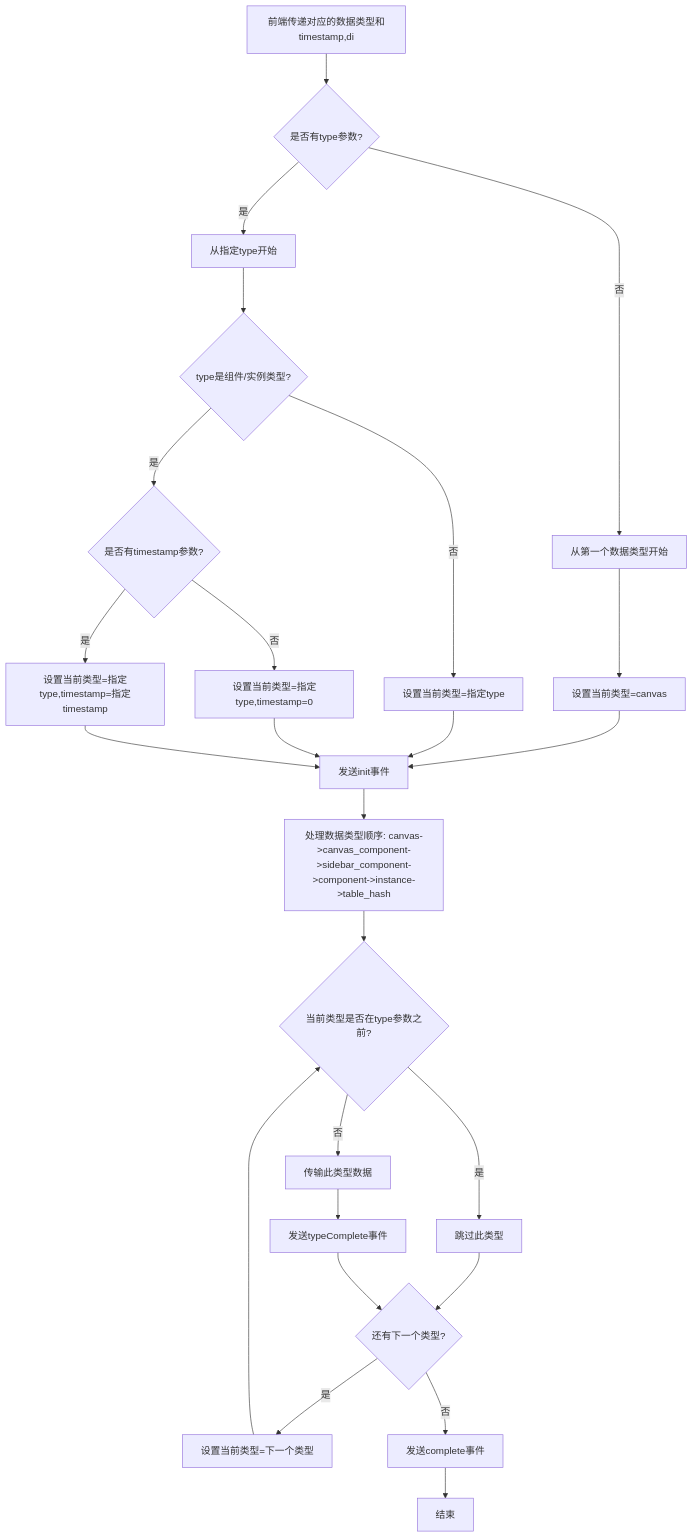
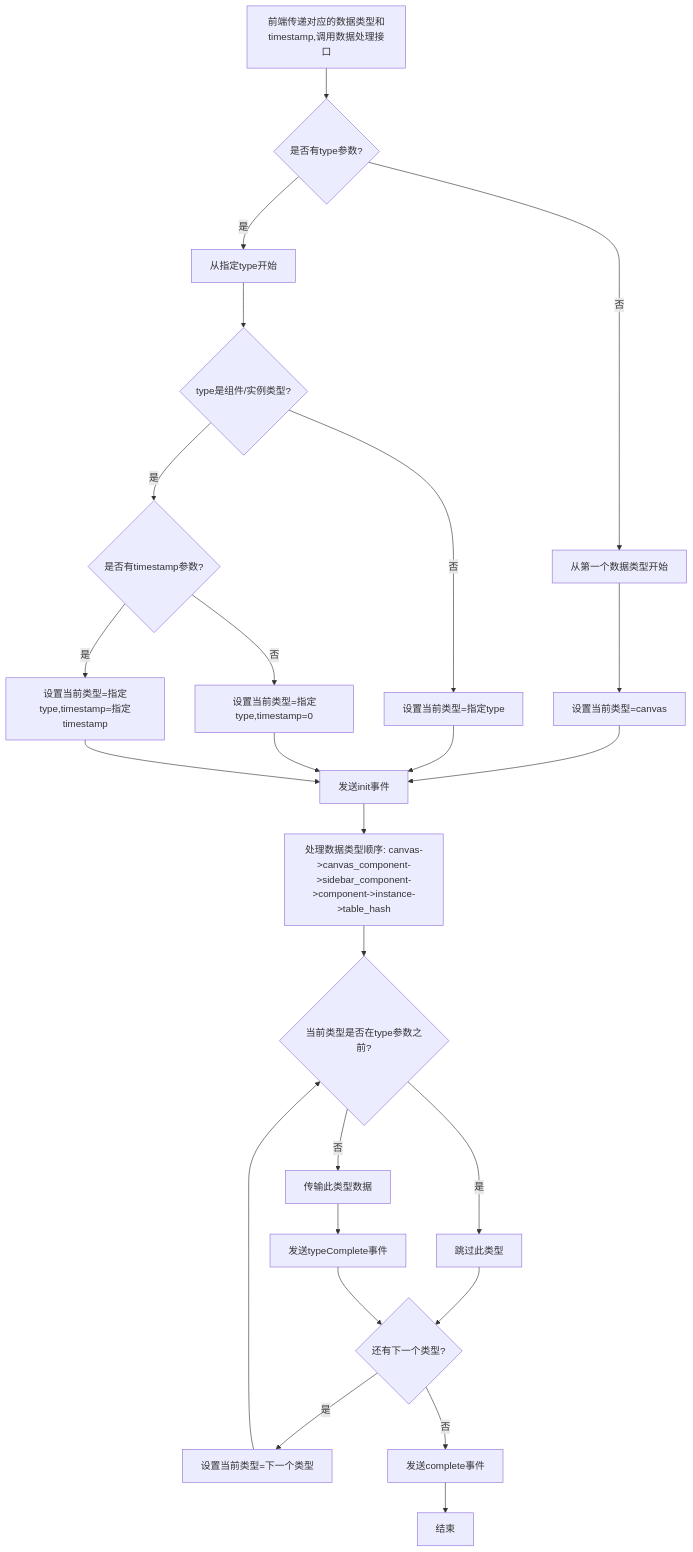
Before and after one commit to yingjianzh/iodraw-files: the diagram in all/未命名-59.md, drawn with Mermaid.

Commit message:
2025-05-14 15:29:55 update

````diff
--- a/all/未命名-59.md
+++ b/all/未命名-59.md
@@ -1,37 +1,37 @@
 ```mermaid
 flowchart TD
-    A[前端传递对应的数据类型和timestamp,di] --> B{是否有type参数?}
+    A[前端传递对应的数据类型和timestamp,调用数据处理接口] --> B{是否有type参数?}
     
     B -->|否| C[从第一个数据类型开始]
     B -->|是| D[从指定type开始]
     
     C --> E[设置当前类型=canvas]
     D --> F{type是组件/实例类型?}
     
     F -->|否| G[设置当前类型=指定type]
     F -->|是| H{是否有timestamp参数?}
     
     H -->|否| I[设置当前类型=指定type,timestamp=0]
     H -->|是| J[设置当前类型=指定type,timestamp=指定timestamp]
     
     E --> K[发送init事件]
     G --> K
     I --> K
     J --> K
     
     K --> L[处理数据类型顺序: canvas->canvas_component->sidebar_component->component->instance->table_hash]
     
     L --> M{当前类型是否在type参数之前?}
     M -->|是| N[跳过此类型]
     M -->|否| O[传输此类型数据]
     
     N --> P{还有下一个类型?}
     O --> Q[发送typeComplete事件]
     Q --> P
     
     P -->|是| R[设置当前类型=下一个类型]
     P -->|否| S[发送complete事件]
     
     R --> M
     S --> T[结束]
 ```
````
